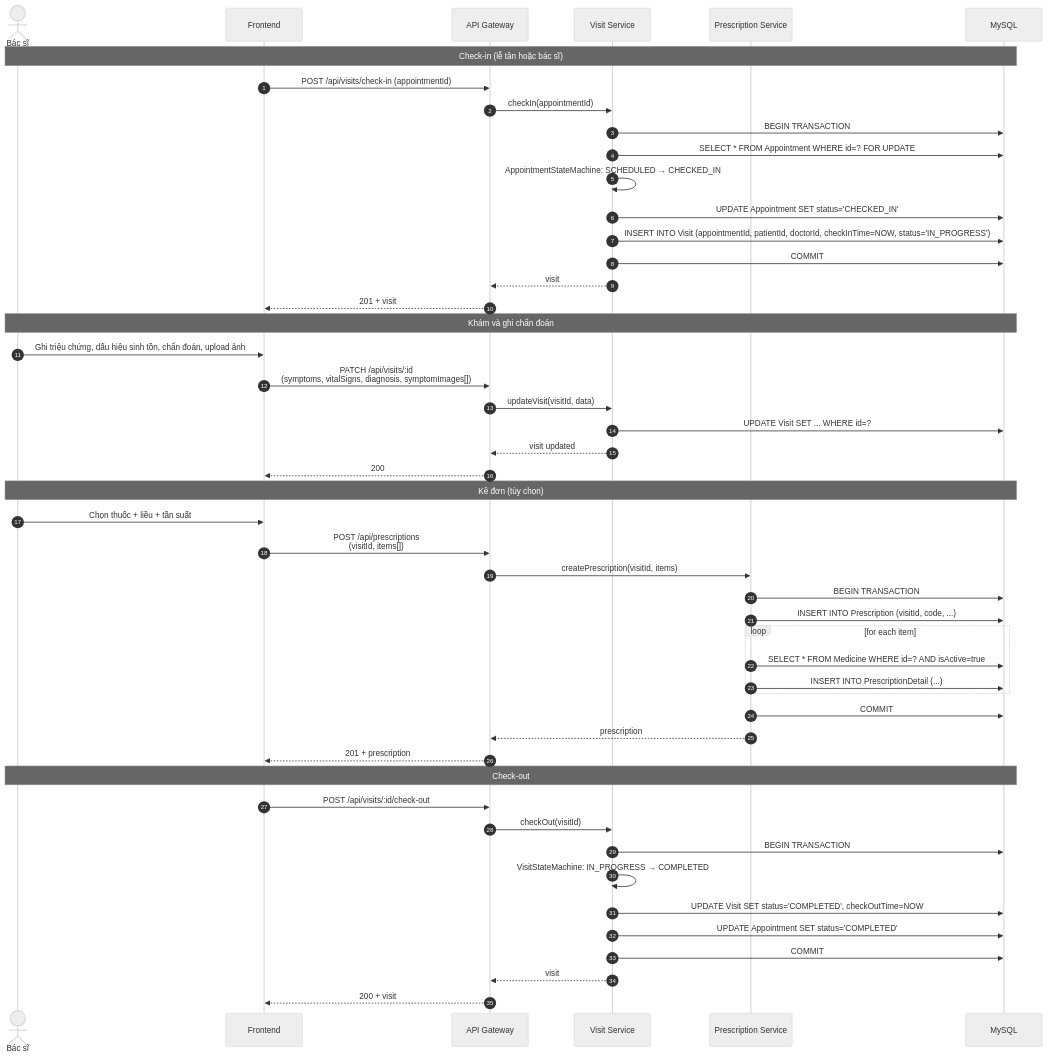
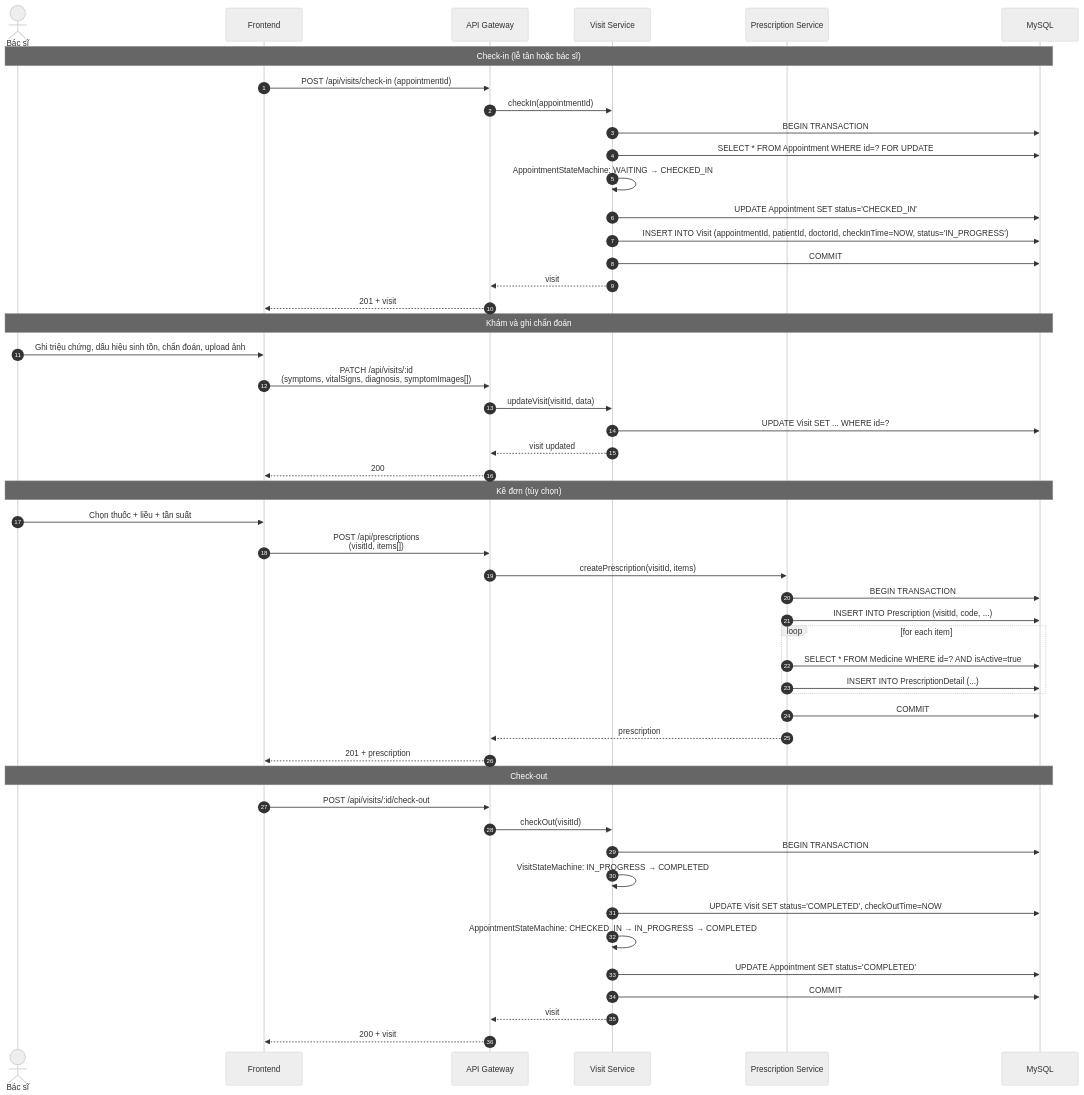
One commit to MinhThienNguyen040905/SE356---He-thong-phong-kham changed the seventh of 8 diagrams in Docs/SAD.md. Above: the diagram before and after it, drawn with Mermaid (neutral theme). The commit also changed other lines of this file, not shown here.

````diff
--- a/Docs/SAD.md
+++ b/Docs/SAD.md
@@ -826,55 +835,56 @@
 ```mermaid
 sequenceDiagram
     autonumber
     actor D as Bác sĩ
     participant FE as Frontend
     participant GW as API Gateway
     participant VSVC as Visit Service
     participant RXSVC as Prescription Service
     participant DB as MySQL
 
     Note over D,DB: Check-in (lễ tân hoặc bác sĩ)
     FE->>GW: POST /api/visits/check-in (appointmentId)
     GW->>VSVC: checkIn(appointmentId)
     VSVC->>DB: BEGIN TRANSACTION
     VSVC->>DB: SELECT * FROM Appointment WHERE id=? FOR UPDATE
-    VSVC->>VSVC: AppointmentStateMachine: SCHEDULED → CHECKED_IN
+    VSVC->>VSVC: AppointmentStateMachine: WAITING → CHECKED_IN
     VSVC->>DB: UPDATE Appointment SET status='CHECKED_IN'
     VSVC->>DB: INSERT INTO Visit (appointmentId, patientId, doctorId, checkInTime=NOW, status='IN_PROGRESS')
     VSVC->>DB: COMMIT
     VSVC-->>GW: visit
     GW-->>FE: 201 + visit
 
     Note over D,DB: Khám và ghi chẩn đoán
     D->>FE: Ghi triệu chứng, dấu hiệu sinh tồn, chẩn đoán, upload ảnh
     FE->>GW: PATCH /api/visits/:id<br/>(symptoms, vitalSigns, diagnosis, symptomImages[])
     GW->>VSVC: updateVisit(visitId, data)
     VSVC->>DB: UPDATE Visit SET ... WHERE id=?
     VSVC-->>GW: visit updated
     GW-->>FE: 200
 
     Note over D,DB: Kê đơn (tùy chọn)
     D->>FE: Chọn thuốc + liều + tần suất
     FE->>GW: POST /api/prescriptions<br/>(visitId, items[])
     GW->>RXSVC: createPrescription(visitId, items)
     RXSVC->>DB: BEGIN TRANSACTION
     RXSVC->>DB: INSERT INTO Prescription (visitId, code, ...)
     loop for each item
         RXSVC->>DB: SELECT * FROM Medicine WHERE id=? AND isActive=true
         RXSVC->>DB: INSERT INTO PrescriptionDetail (...)
     end
     RXSVC->>DB: COMMIT
     RXSVC-->>GW: prescription
     GW-->>FE: 201 + prescription
 
     Note over D,DB: Check-out
     FE->>GW: POST /api/visits/:id/check-out
     GW->>VSVC: checkOut(visitId)
     VSVC->>DB: BEGIN TRANSACTION
     VSVC->>VSVC: VisitStateMachine: IN_PROGRESS → COMPLETED
     VSVC->>DB: UPDATE Visit SET status='COMPLETED', checkOutTime=NOW
+    VSVC->>VSVC: AppointmentStateMachine: CHECKED_IN → IN_PROGRESS → COMPLETED
     VSVC->>DB: UPDATE Appointment SET status='COMPLETED'
     VSVC->>DB: COMMIT
     VSVC-->>GW: visit
     GW-->>FE: 200 + visit
 ```
````
